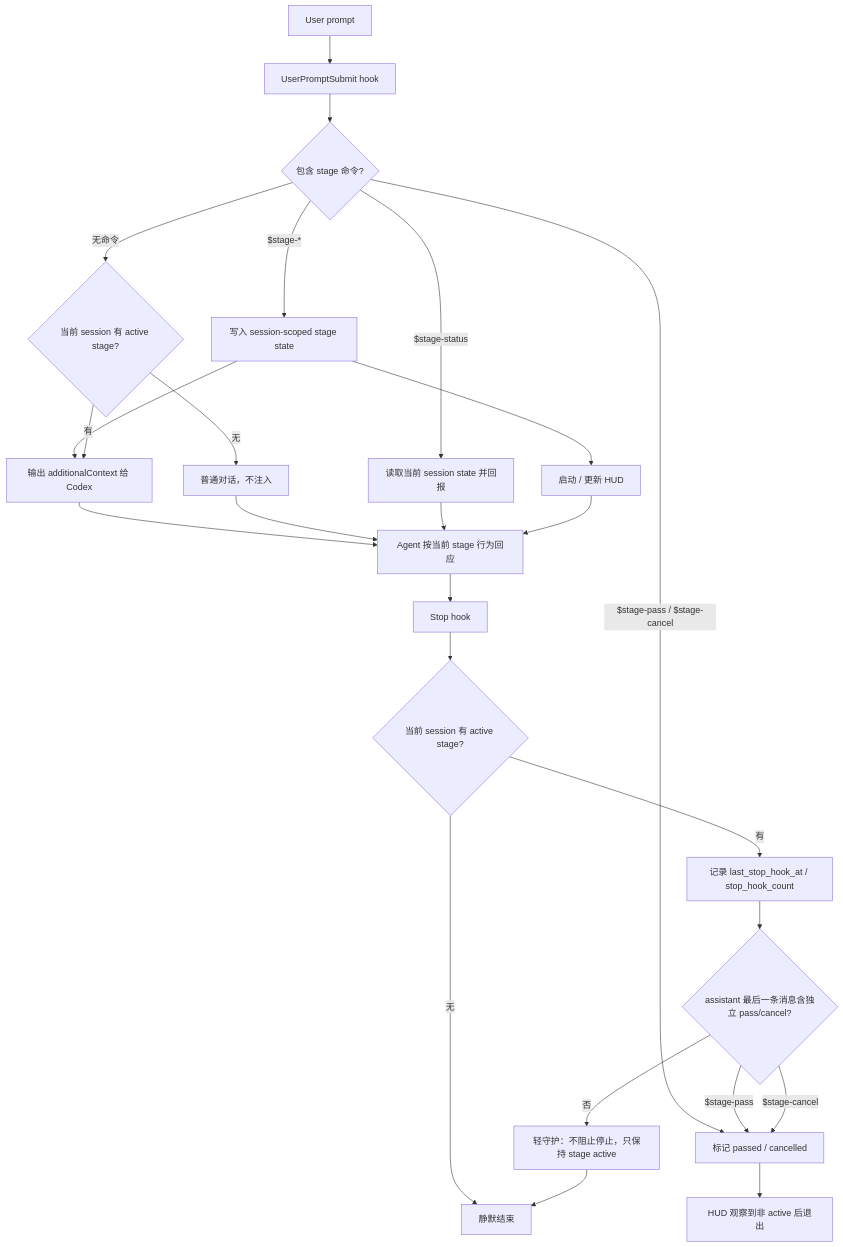
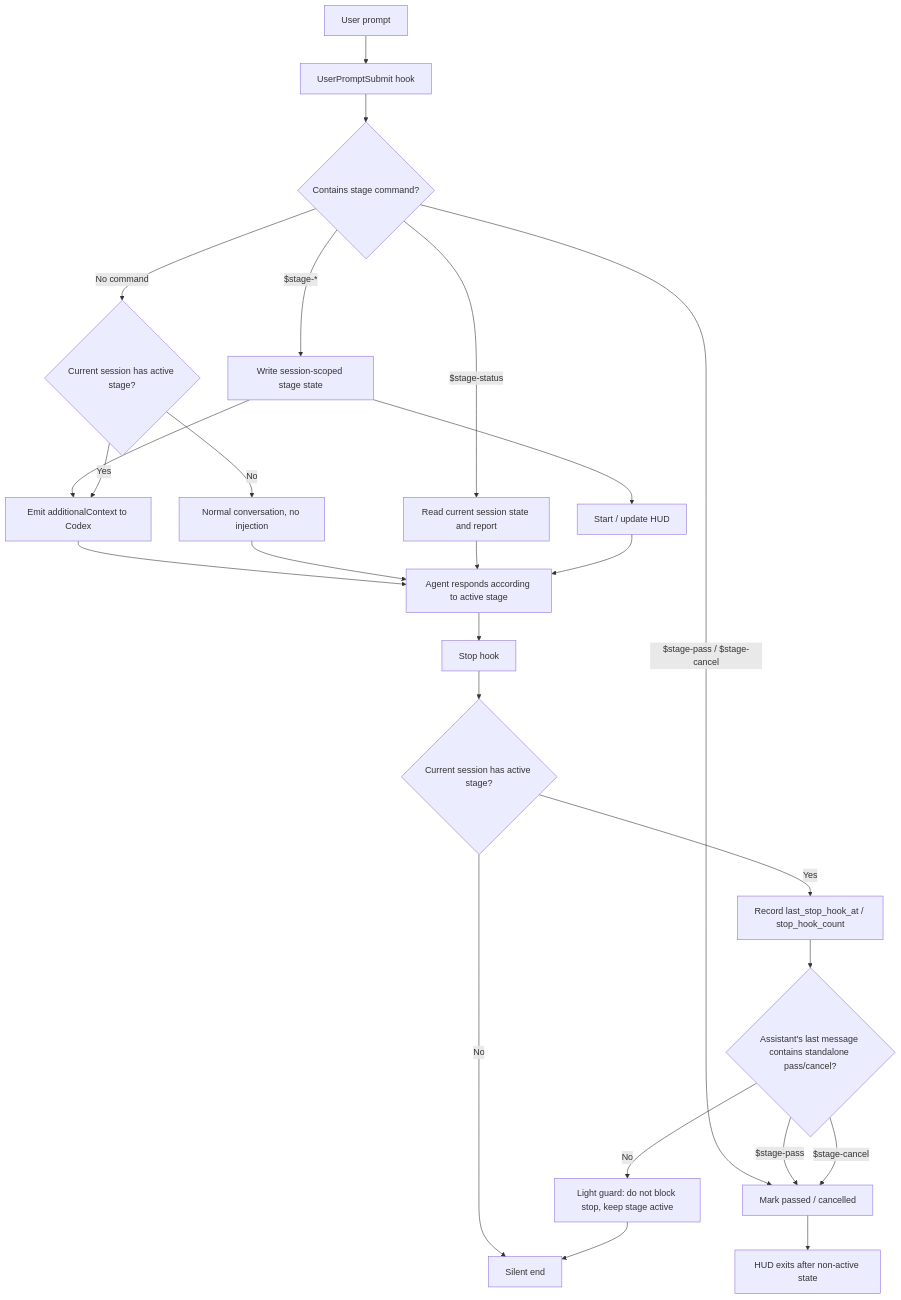
Before and after one commit to riemac/labflow: the diagram in plugins/labflow/prompts/stage-AGENTS.md, drawn with Mermaid. The commit also changed other lines of this file and 2 other files, not shown here.

First line of the commit message:
docs: add bilingual stage agents prompt

````diff
--- a/plugins/labflow/prompts/stage-AGENTS.md
+++ b/plugins/labflow/prompts/stage-AGENTS.md
@@ -31,32 +31,32 @@
 ```mermaid
 flowchart TD
     U[User prompt] --> UPS[UserPromptSubmit hook]
 
-    UPS --> HasCmd{包含 stage 命令?}
-    HasCmd -->|$stage-*| Enter[写入 session-scoped stage state]
-    Enter --> HUDStart[启动 / 更新 HUD]
-    Enter --> Inject[输出 additionalContext 给 Codex]
+    UPS --> HasCmd{Contains stage command?}
+    HasCmd -->|$stage-*| Enter[Write session-scoped stage state]
+    Enter --> HUDStart[Start / update HUD]
+    Enter --> Inject[Emit additionalContext to Codex]
 
-    HasCmd -->|$stage-status| Status[读取当前 session state 并回报]
-    HasCmd -->|$stage-pass / $stage-cancel| Finish[标记 passed / cancelled]
-    Finish --> HUDStop[HUD 观察到非 active 后退出]
+    HasCmd -->|$stage-status| Status[Read current session state and report]
+    HasCmd -->|$stage-pass / $stage-cancel| Finish[Mark passed / cancelled]
+    Finish --> HUDStop[HUD exits after non-active state]
 
-    HasCmd -->|无命令| CheckActive{当前 session 有 active stage?}
-    CheckActive -->|有| Inject
-    CheckActive -->|无| Normal[普通对话，不注入]
+    HasCmd -->|No command| CheckActive{Current session has active stage?}
+    CheckActive -->|Yes| Inject
+    CheckActive -->|No| Normal[Normal conversation, no injection]
 
-    Inject --> Agent[Agent 按当前 stage 行为回应]
+    Inject --> Agent[Agent responds according to active stage]
     Normal --> Agent
     Status --> Agent
     HUDStart --> Agent
 
     Agent --> StopHook[Stop hook]
-    StopHook --> StopActive{当前 session 有 active stage?}
-    StopActive -->|无| Silent[静默结束]
-    StopActive -->|有| Heartbeat[记录 last_stop_hook_at / stop_hook_count]
-    Heartbeat --> Guard{assistant 最后一条消息含独立 pass/cancel?}
+    StopHook --> StopActive{Current session has active stage?}
+    StopActive -->|No| Silent[Silent end]
+    StopActive -->|Yes| Heartbeat[Record last_stop_hook_at / stop_hook_count]
+    Heartbeat --> Guard{Assistant's last message contains standalone pass/cancel?}
     Guard -->|$stage-pass| Finish
     Guard -->|$stage-cancel| Finish
-    Guard -->|否| Reminder[轻守护：不阻止停止，只保持 stage active]
+    Guard -->|No| Reminder[Light guard: do not block stop, keep stage active]
     Reminder --> Silent
 ```
````
